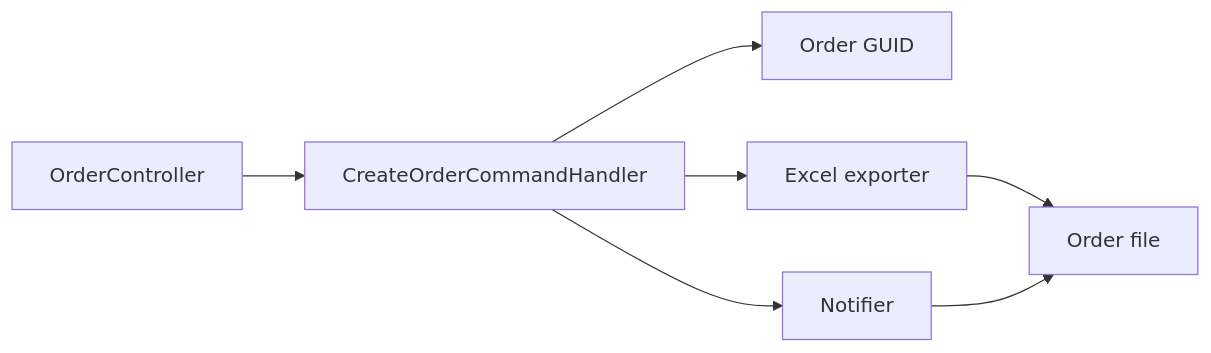
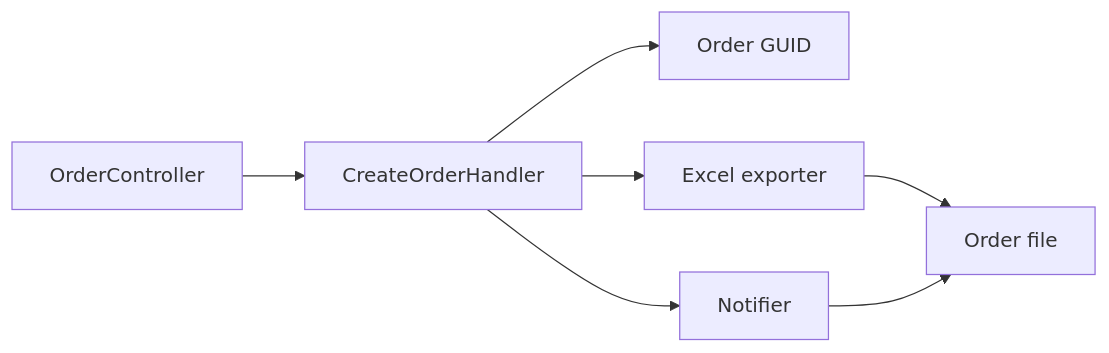
The diagram in docs/sdd/features/catalog/quick-order.md (Weretik/KedrStore), drawn with Mermaid before and after one commit. The commit also changed other lines of this file and 963 other files, not shown here.

````diff
--- a/docs/sdd/features/catalog/quick-order.md
+++ b/docs/sdd/features/catalog/quick-order.md
@@ -25,9 +25,9 @@
 ```mermaid
 flowchart LR
-    A["OrderController"] --> B["CreateOrderCommandHandler"]
+    A["OrderController"] --> B["CreateOrderHandler"]
     B --> C["Order GUID"]
     B --> D["Excel exporter"]
     D --> E["Order file"]
     B --> F["Notifier"]
     F --> E
 ```
````
